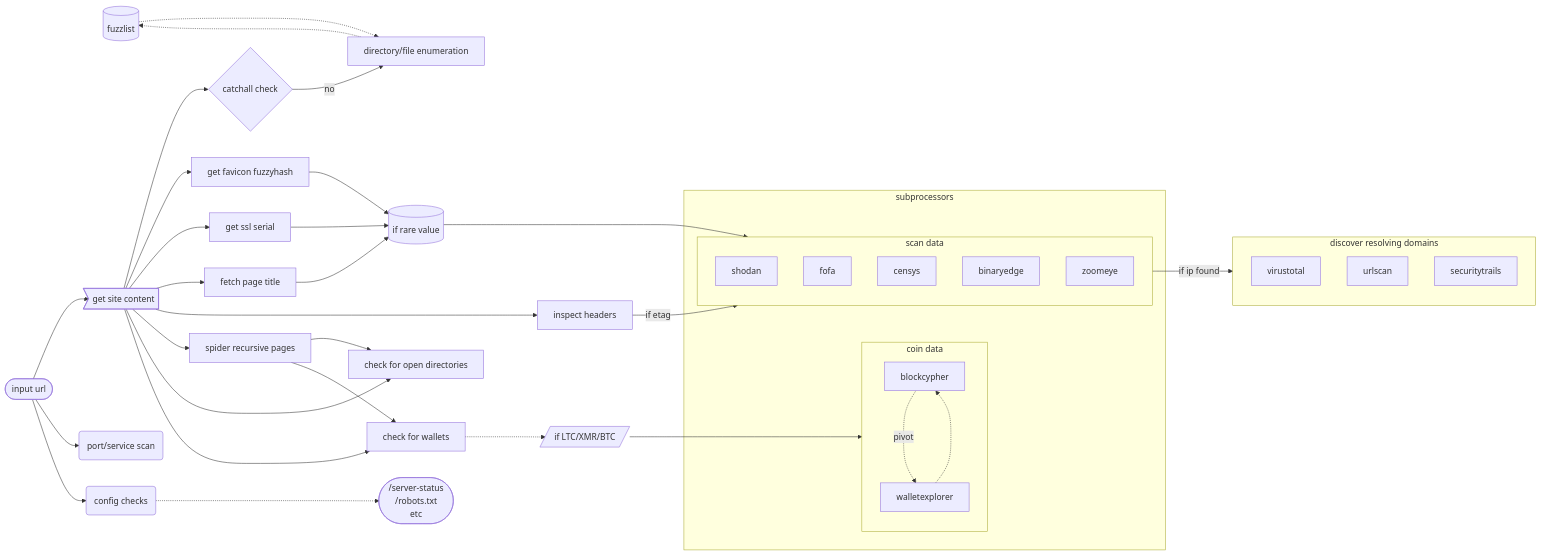
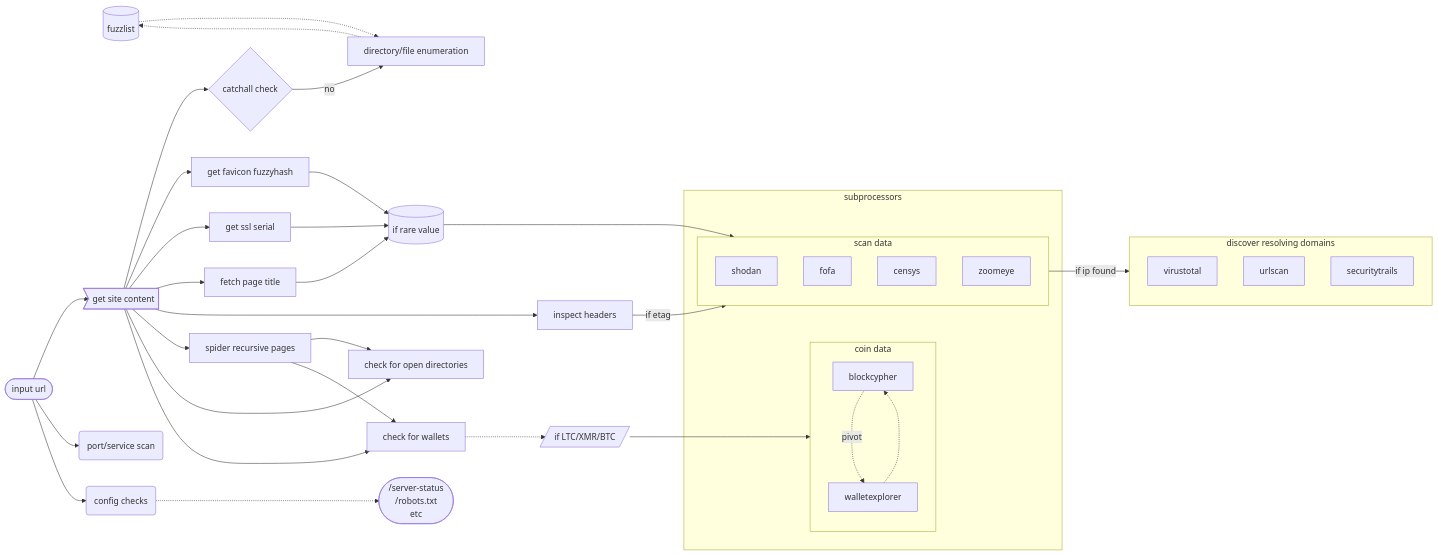
One commit to joshhighet/bebop changed the diagram in README.md. Above: the diagram before and after it, drawn with Mermaid. The commit also changed other lines of this file, not shown here.

Commit message:
remove binaryedge

````diff
--- a/README.md
+++ b/README.md
@@ -7,53 +7,52 @@
 ```mermaid
 graph LR
     subgraph subprocessors
         subgraph cryptocurrency[coin data]
         blockcypher
         walletexplorer
         blockcypher -..-> |pivot|walletexplorer
         walletexplorer -..-> blockcypher
         end
         subgraph netscans[scan data]
         shodan
         fofa
         censys
-        binaryedge
         zoomeye
         end
     end
     subgraph domain[discover resolving domains]
         virustotal
         urlscan
         securitytrails
     end
     netscans --> |if ip found|domain
     lookupsaver[(if rare value)]
     fuzzlist[(fuzzlist)]
     opndir[check for open directories]
     cryptoc[check for wallets]
     checks([/server-status\n/robots.txt\netc])
     anchor([input url]) -->mainget>get site content]
     mainget --> catchallchk{catchall check}
     catchallchk -- no --> fuzz[directory/file enumeration]
     fuzz -..-> fuzzlist
     fuzzlist -..-> fuzz
     anchor --> scan(port/service scan)
     anchor --> checker(config checks)
     checker -..-> checks
     mainget --> favicon[get favicon fuzzyhash]
     mainget --> sslserial[get ssl serial]
     sslserial --> lookupsaver
     favicon --> lookupsaver
     mainget --> title[fetch page title]
     title --> lookupsaver
     mainget --> headers[inspect headers]
     headers --> |if etag|netscans
     lookupsaver --> netscans
     mainget --> spider[spider recursive pages]
     mainget --> opndir
     spider --> opndir
     mainget --> cryptoc
     spider --> cryptoc
     cryptoc -..-> ifsupportedcoin[/if LTC/XMR/BTC/]
     ifsupportedcoin --> cryptocurrency
 ```
````
